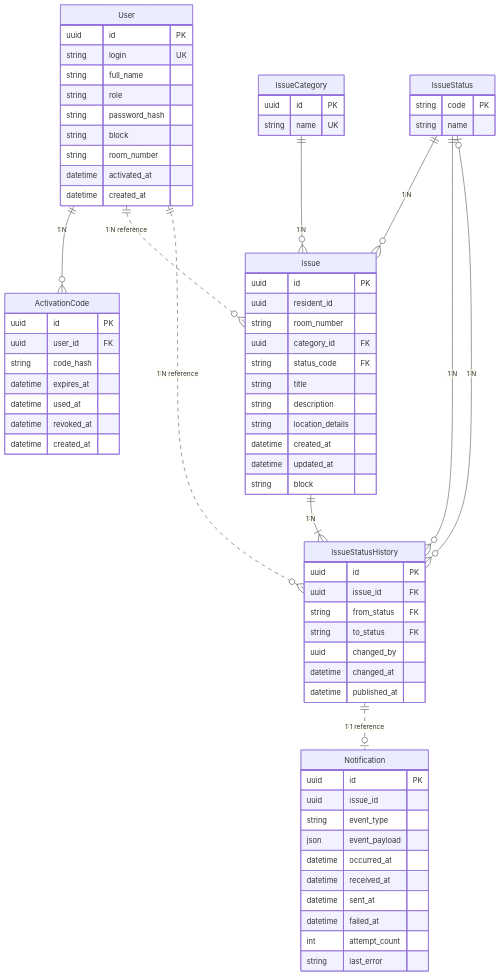
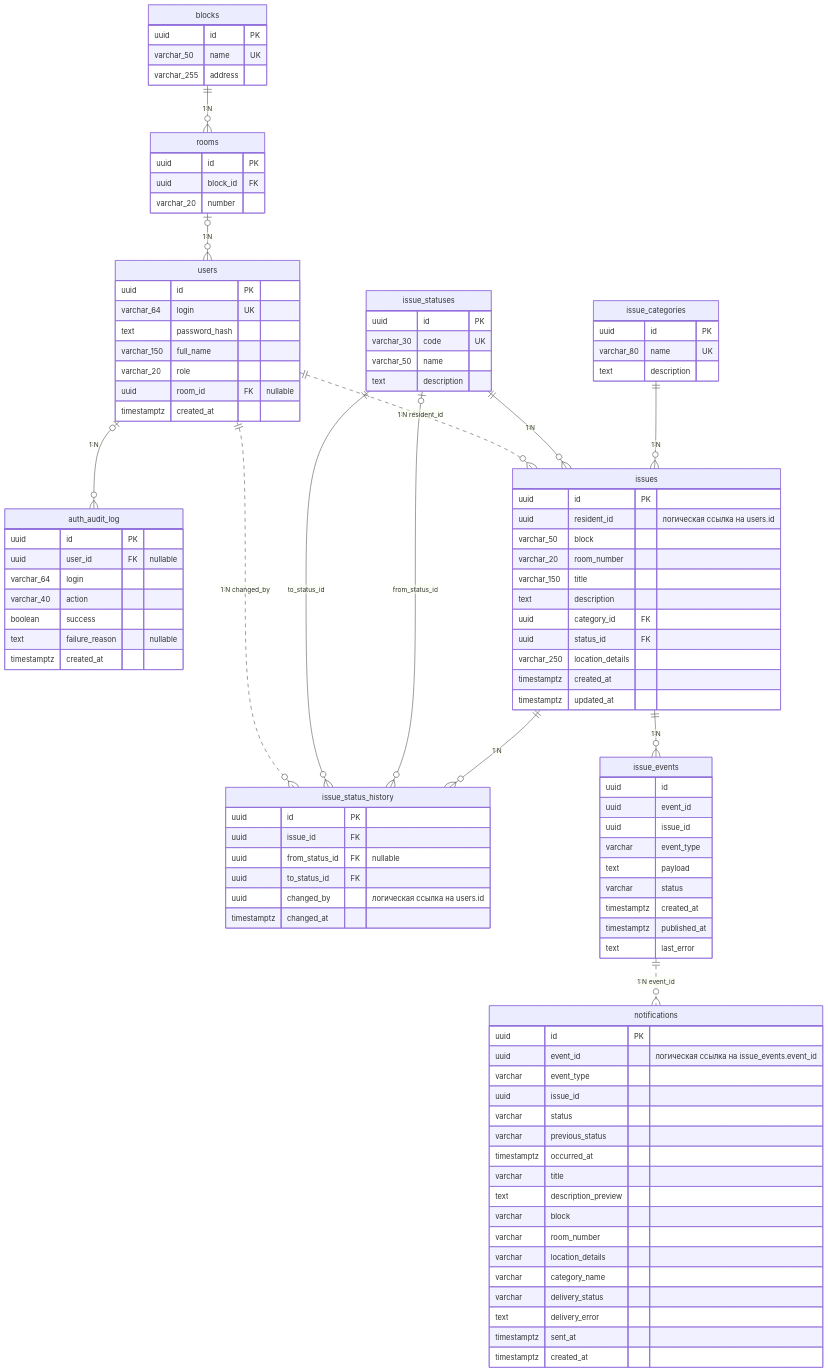
The diagram in dormsupport/diagrams/erd.mmd (GKDI-Team/dorm-support-documents), drawn with Mermaid before and after one commit. The commit also changed 1 other file, not shown here.

```diff
--- a/dormsupport/diagrams/erd.mmd
+++ b/dormsupport/diagrams/erd.mmd
@@ -1,72 +1,109 @@
 erDiagram
-    User ||--o{ ActivationCode : "1:N"
-    User ||..o{ Issue : "1:N reference"
-    IssueCategory ||--o{ Issue : "1:N"
-    IssueStatus ||--o{ Issue : "1:N"
-    Issue ||--|{ IssueStatusHistory : "1:N"
-    User ||..o{ IssueStatusHistory : "1:N reference"
-    IssueStatus ||--o{ IssueStatusHistory : "1:N"
-    IssueStatus o|--o{ IssueStatusHistory : "1:N"
-    IssueStatusHistory ||..o| Notification : "1:1 reference"
-    User {
+    %% identity_db
+    blocks ||--o{ rooms : "1:N"
+    rooms o|--o{ users : "1:N"
+    users o|--o{ auth_audit_log : "1:N"
+
+    %% issues_db
+    issue_categories ||--o{ issues : "1:N"
+    issue_statuses ||--o{ issues : "1:N"
+    issues ||--o{ issue_status_history : "1:N"
+    issue_statuses o|--o{ issue_status_history : "from_status_id"
+    issue_statuses ||--o{ issue_status_history : "to_status_id"
+    issues ||--o{ issue_events : "1:N"
+
+    %% Логические ссылки между базами, без SQL FK
+    users ||..o{ issues : "1:N resident_id"
+    users ||..o{ issue_status_history : "1:N changed_by"
+    issue_events ||..o{ notifications : "1:N event_id"
+
+    blocks {
         uuid id PK
-        string login UK
-        string full_name
-        string role
-        string password_hash
-        string block
-        string room_number
-        datetime activated_at
-        datetime created_at
+        varchar_50 name UK
+        varchar_255 address
     }
-    ActivationCode {
+    rooms {
         uuid id PK
-        uuid user_id FK
-        string code_hash
-        datetime expires_at
-        datetime used_at
-        datetime revoked_at
-        datetime created_at
+        uuid block_id FK
+        varchar_20 number
     }
-    IssueCategory {
+    users {
         uuid id PK
-        string name UK
+        varchar_64 login UK
+        text password_hash
+        varchar_150 full_name
+        varchar_20 role
+        uuid room_id FK "nullable"
+        timestamptz created_at
     }
-    IssueStatus {
-        string code PK
-        string name
+    auth_audit_log {
+        uuid id PK
+        uuid user_id FK "nullable"
+        varchar_64 login
+        varchar_40 action
+        boolean success
+        text failure_reason "nullable"
+        timestamptz created_at
     }
-    Issue {
+    issue_statuses {
         uuid id PK
-        uuid resident_id
-        string room_number
+        varchar_30 code UK
+        varchar_50 name
+        text description
+    }
+    issue_categories {
+        uuid id PK
+        varchar_80 name UK
+        text description
+    }
+    issues {
+        uuid id PK
+        uuid resident_id "логическая ссылка на users.id"
+        varchar_50 block
+        varchar_20 room_number
+        varchar_150 title
+        text description
         uuid category_id FK
-        string status_code FK
-        string title
-        string description
-        string location_details
-        datetime created_at
-        datetime updated_at
-        string block
+        uuid status_id FK
+        varchar_250 location_details
+        timestamptz created_at
+        timestamptz updated_at
     }
-    IssueStatusHistory {
+    issue_status_history {
         uuid id PK
         uuid issue_id FK
-        string from_status FK
-        string to_status FK
-        uuid changed_by
-        datetime changed_at
-        datetime published_at
+        uuid from_status_id FK "nullable"
+        uuid to_status_id FK
+        uuid changed_by "логическая ссылка на users.id"
+        timestamptz changed_at
     }
-    Notification {
+    issue_events {
+        uuid id
+        uuid event_id
+        uuid issue_id
+        varchar event_type
+        text payload
+        varchar status
+        timestamptz created_at
+        timestamptz published_at
+        text last_error
+    }
+    notifications {
         uuid id PK
+        uuid event_id "логическая ссылка на issue_events.event_id"
+        varchar event_type
         uuid issue_id
-        string event_type
-        json event_payload
-        datetime occurred_at
-        datetime received_at
-        datetime sent_at
-        datetime failed_at
-        int attempt_count
-        string last_error
+        varchar status
+        varchar previous_status
+        timestamptz occurred_at
+        varchar title
+        text description_preview
+        varchar block
+        varchar room_number
+        varchar location_details
+        varchar category_name
+        varchar delivery_status
+        text delivery_error
+        timestamptz sent_at
+        timestamptz created_at
     }
```
